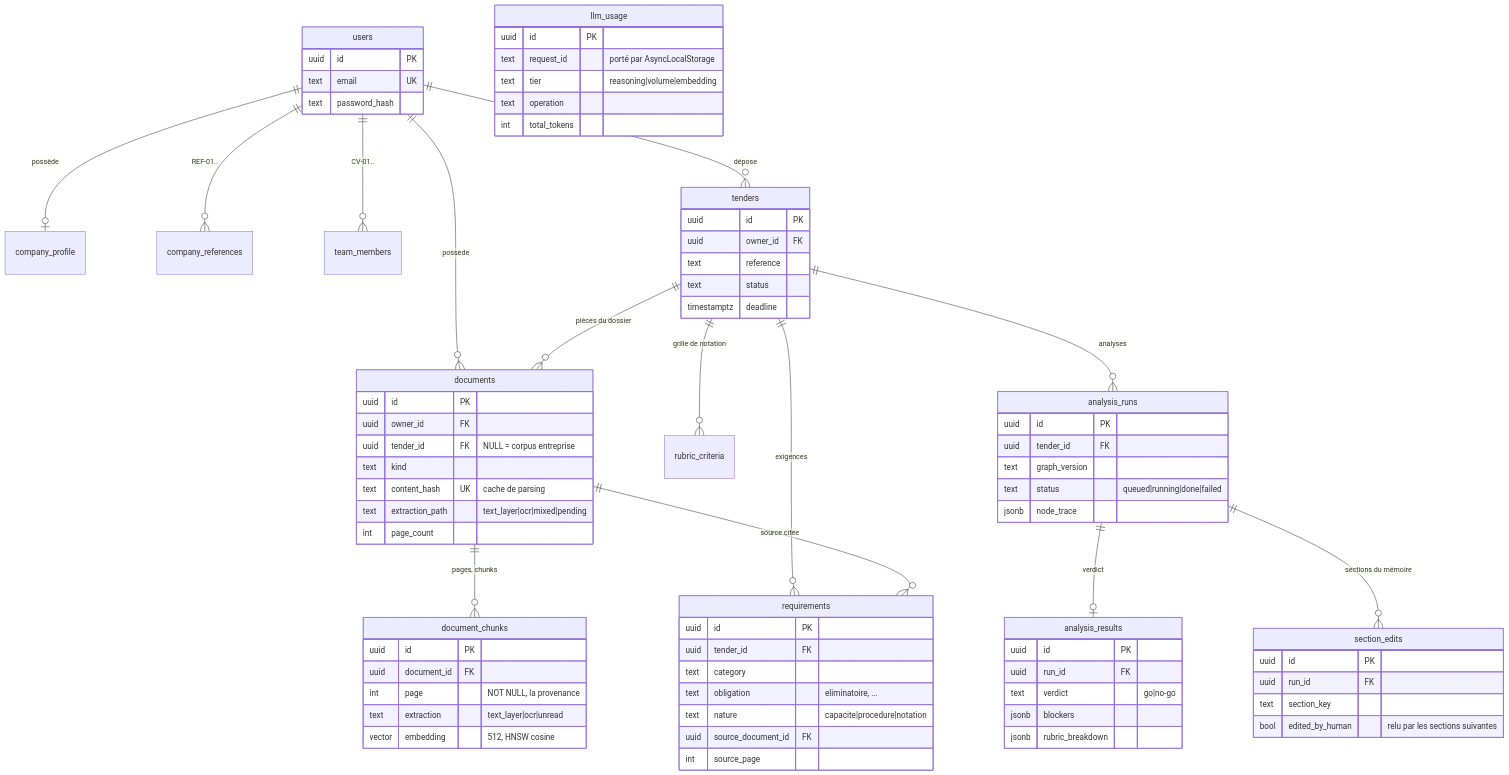
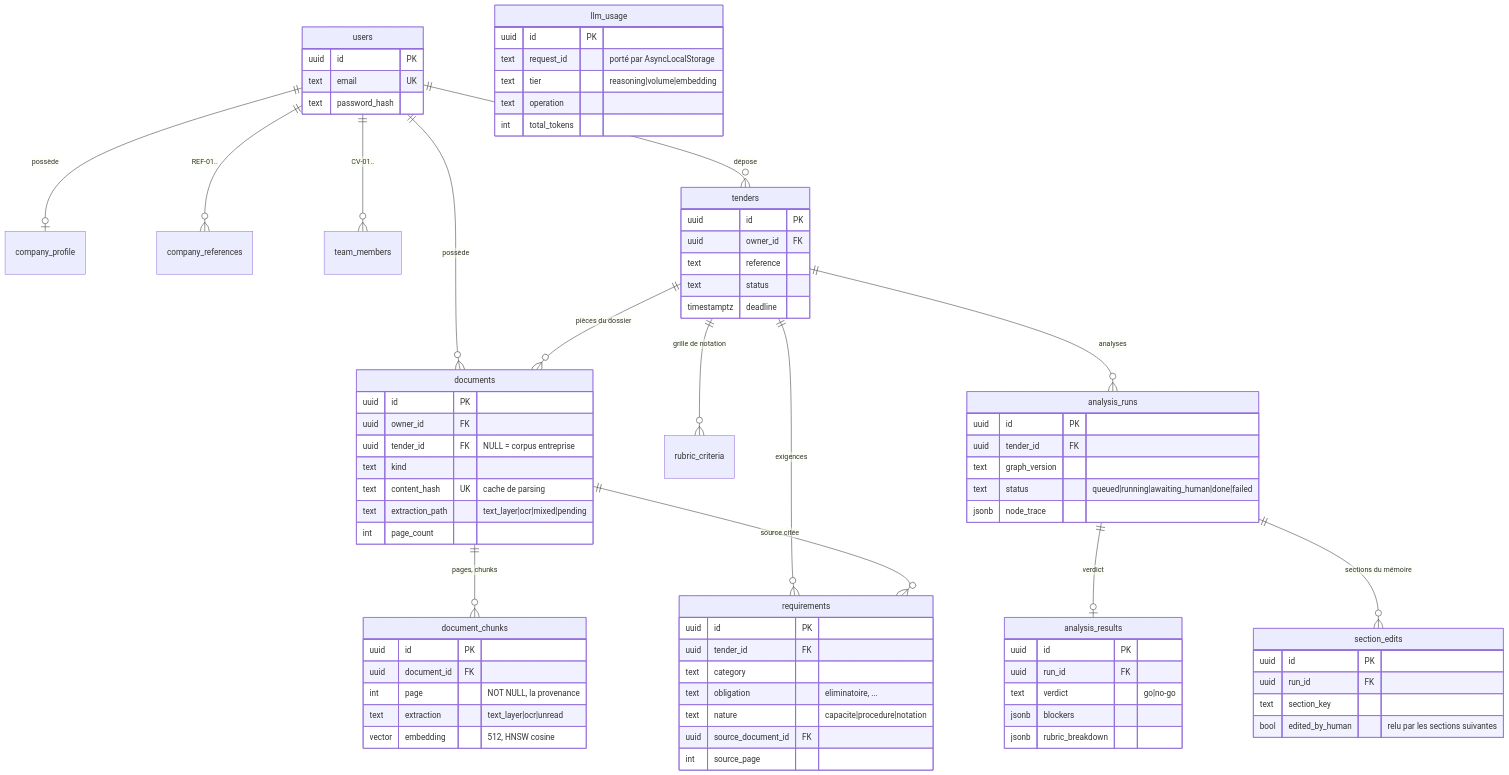
Before and after one commit to abdel-oue/TenderPilot: the eighth of 9 diagrams in docs/diagrams.md, drawn with Mermaid. The commit also changed other lines of this file and 10 other files, not shown here.

````diff
--- a/docs/diagrams.md
+++ b/docs/diagrams.md
@@ -265,81 +267,81 @@
 ```mermaid
 erDiagram
   users ||--o| company_profile : "possède"
   users ||--o{ company_references : "REF-01.."
   users ||--o{ team_members : "CV-01.."
   users ||--o{ tenders : "dépose"
   users ||--o{ documents : "possède"
   tenders ||--o{ documents : "pièces du dossier"
   tenders ||--o{ requirements : "exigences"
   tenders ||--o{ rubric_criteria : "grille de notation"
   tenders ||--o{ analysis_runs : "analyses"
   documents ||--o{ document_chunks : "pages, chunks"
   documents ||--o{ requirements : "source citée"
   analysis_runs ||--o| analysis_results : "verdict"
   analysis_runs ||--o{ section_edits : "sections du mémoire"
 
   users {
     uuid id PK
     text email UK
     text password_hash
   }
   tenders {
     uuid id PK
     uuid owner_id FK
     text reference
     text status
     timestamptz deadline
   }
   documents {
     uuid id PK
     uuid owner_id FK
     uuid tender_id FK "NULL = corpus entreprise"
     text kind
     text content_hash UK "cache de parsing"
     text extraction_path "text_layer|ocr|mixed|pending"
     int page_count
   }
   document_chunks {
     uuid id PK
     uuid document_id FK
     int page "NOT NULL, la provenance"
     text extraction "text_layer|ocr|unread"
     vector embedding "512, HNSW cosine"
   }
   requirements {
     uuid id PK
     uuid tender_id FK
     text category
     text obligation "eliminatoire, ..."
     text nature "capacite|procedure|notation"
     uuid source_document_id FK
     int source_page
   }
   analysis_runs {
     uuid id PK
     uuid tender_id FK
     text graph_version
-    text status "queued|running|done|failed"
+    text status "queued|running|awaiting_human|done|failed"
     jsonb node_trace
   }
   analysis_results {
     uuid id PK
     uuid run_id FK
     text verdict "go|no-go"
     jsonb blockers
     jsonb rubric_breakdown
   }
   section_edits {
     uuid id PK
     uuid run_id FK
     text section_key
     bool edited_by_human "relu par les sections suivantes"
   }
   llm_usage {
     uuid id PK
     text request_id "porté par AsyncLocalStorage"
     text tier "reasoning|volume|embedding"
     text operation
     int total_tokens
   }
 ```
````
